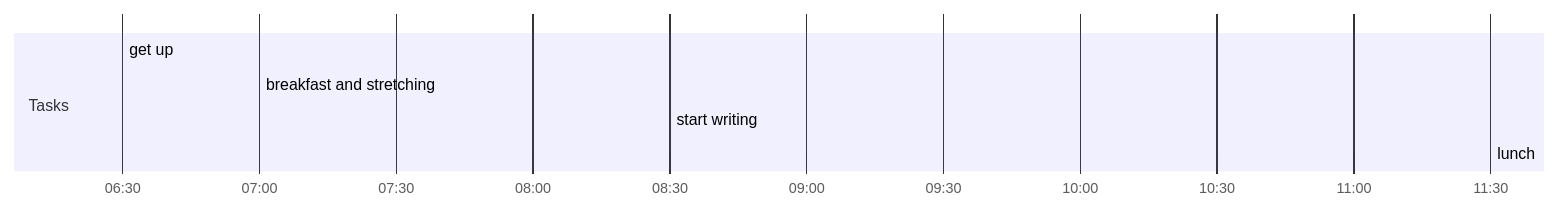
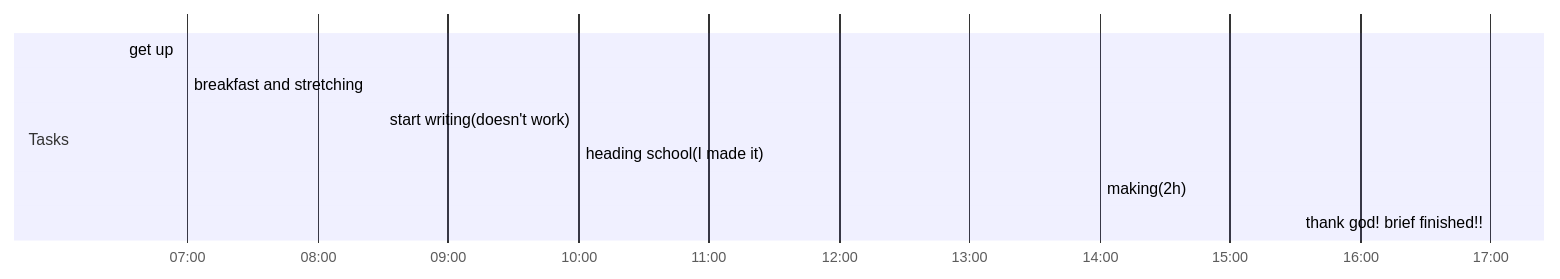
One commit to PseudoPau/ThesisLog changed the diagram in Day Planners/Day Planner-20230108.md. Above: the diagram before and after it, drawn with Mermaid. The commit also changed other lines of this file and 1 other file, not shown here.

Commit message:
vault backup: 2023-01-08 17:37:20

````diff
--- a/Day Planners/Day Planner-20230108.md
+++ b/Day Planners/Day Planner-20230108.md
@@ -2,13 +2,15 @@
 ```mermaid
 gantt
     dateFormat  HH-mm
     axisFormat %H:%M
-    %% Current Time: 4:42:13 PM
+    %% Current Time: 5:37:18 PM
     section Tasks
     get up     :06-30, 30mm
     breakfast and stretching     :07-00, 90mm
-    start writing     :08-30, 180mm
-    lunch     :11-30, 0mm
+    start writing(doesn't work)     :08-30, 90mm
+    heading school(I made it)     :10-00, 240mm
+    making(2h)     :14-00, 180mm
+    thank god! brief finished!!     :17-00, 0mm
     section Breaks
 
 ```
````
